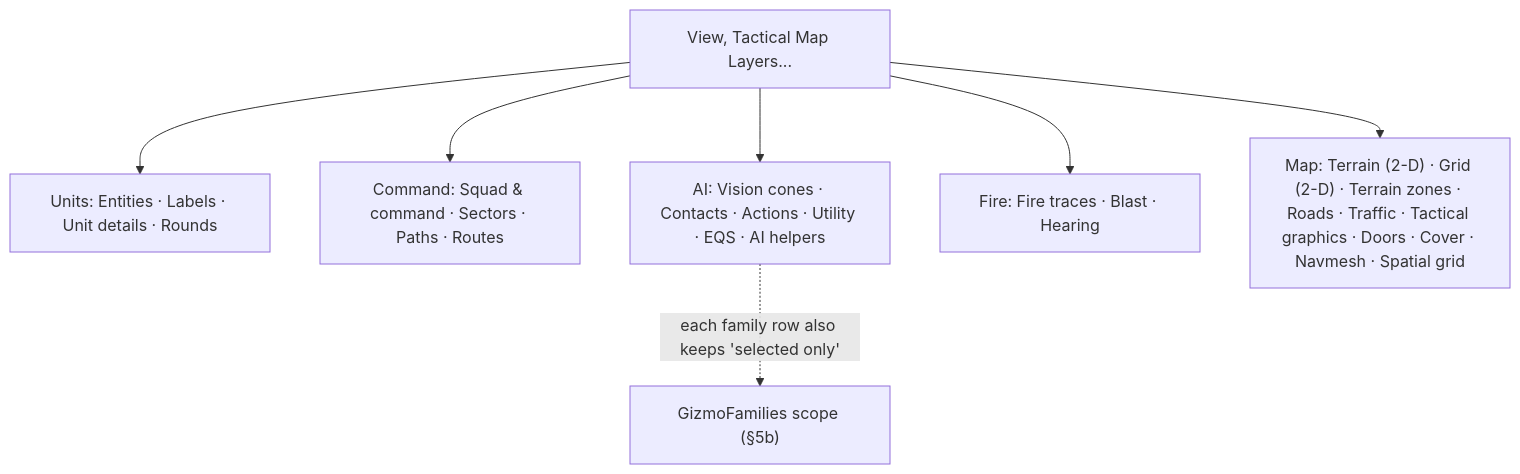
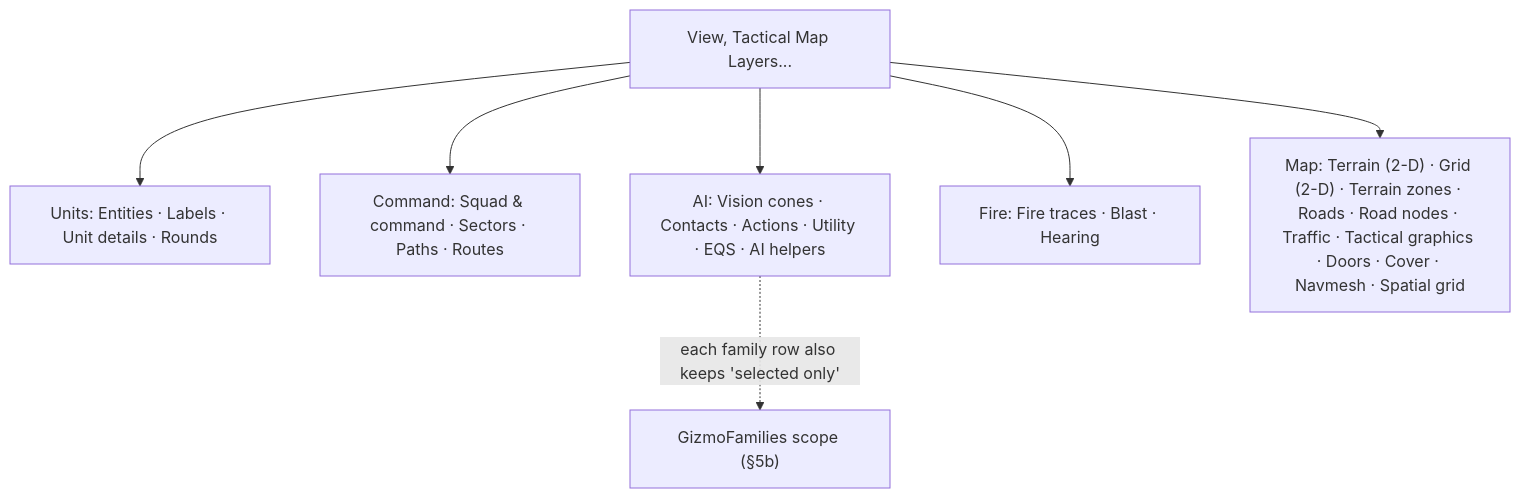
Before and after one commit to pjanec/HROT: diagram 20 of 24 in docs/DESIGN_Terrain_Combat_Tuning.md, drawn with Mermaid. The commit also changed other lines of this file and 7 other files, not shown here.

First line of the commit message:
CE-6504: Tactical Map Layers > Map > Road nodes, off by default

````diff
--- a/docs/DESIGN_Terrain_Combat_Tuning.md
+++ b/docs/DESIGN_Terrain_Combat_Tuning.md
@@ -967,9 +967,9 @@
 ```mermaid
 graph TD
   P["View, Tactical Map Layers..."] --> U["Units: Entities · Labels · Unit details · Rounds"]
   P --> C["Command: Squad & command · Sectors · Paths · Routes"]
   P --> A["AI: Vision cones · Contacts · Actions · Utility · EQS · AI helpers"]
   P --> F["Fire: Fire traces · Blast · Hearing"]
-  P --> M["Map: Terrain (2-D) · Grid (2-D) · Terrain zones · Roads · Traffic · Tactical graphics · Doors · Cover · Navmesh · Spatial grid"]
+  P --> M["Map: Terrain (2-D) · Grid (2-D) · Terrain zones · Roads · Road nodes · Traffic · Tactical graphics · Doors · Cover · Navmesh · Spatial grid"]
   A -.->|"each family row also keeps 'selected only'"| SC["GizmoFamilies scope (§5b)"]
 ```
````
